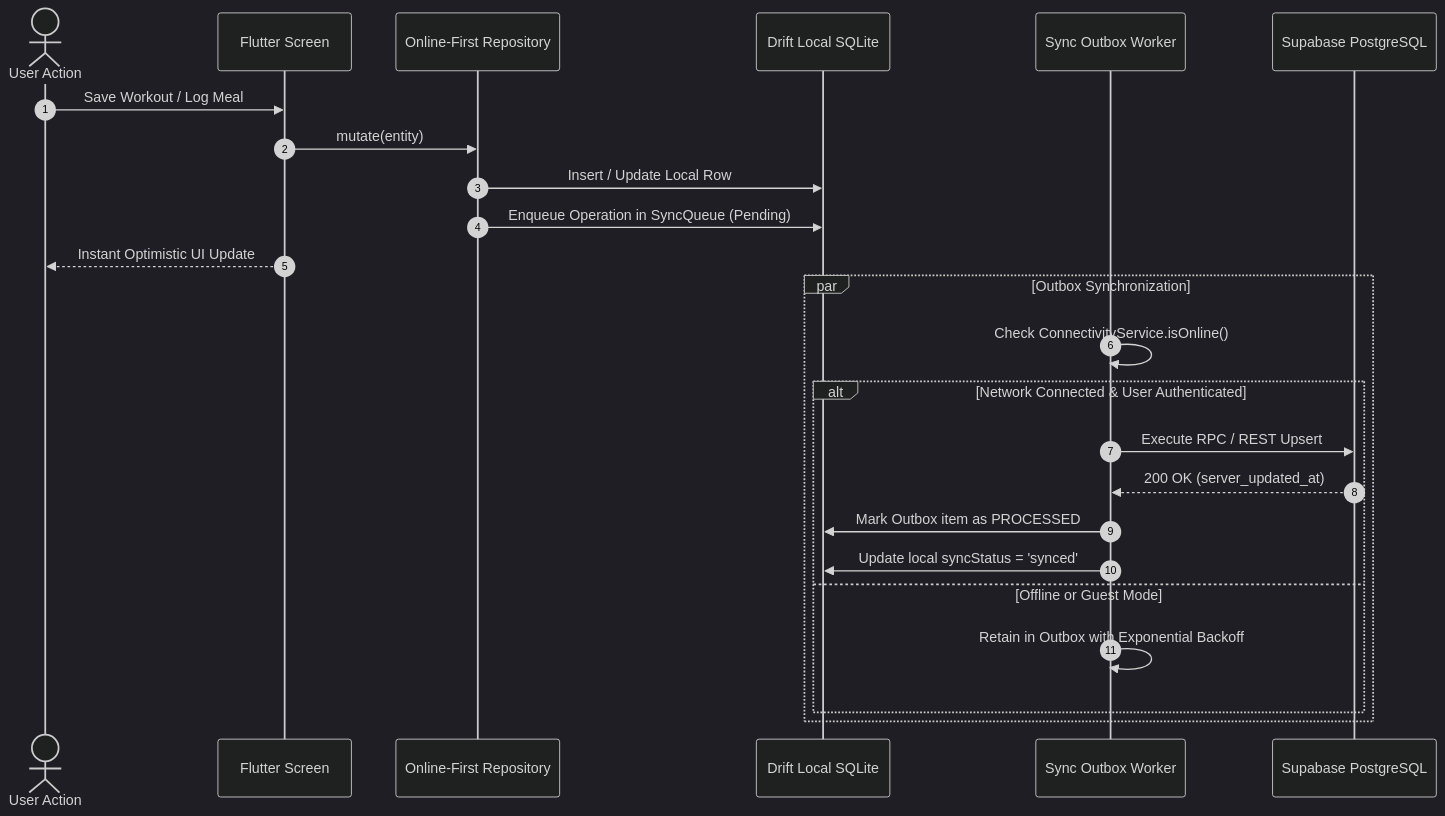
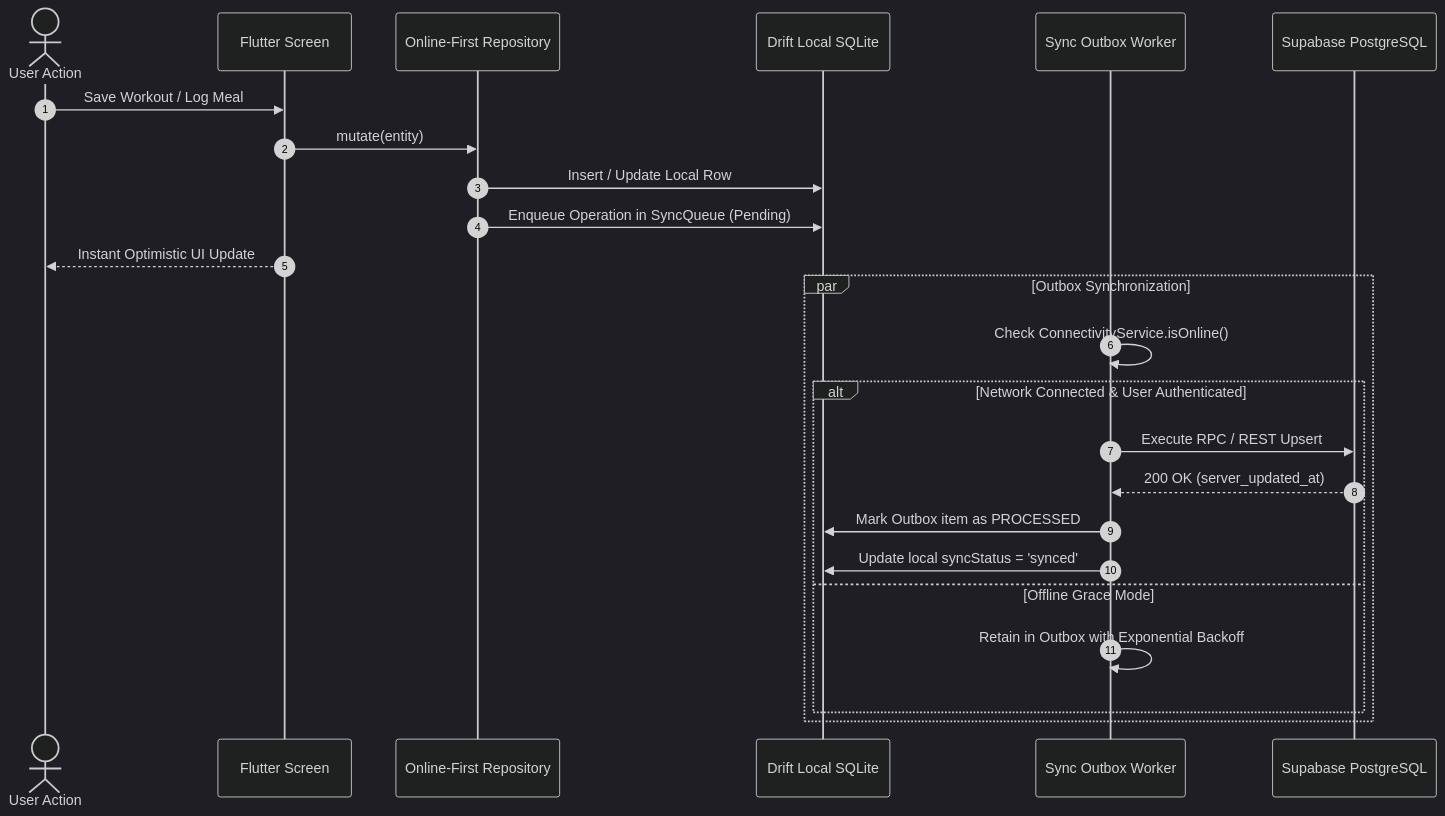
The diagram in docs/FIT_HOST_SYSTEM_BLUEPRINT_AND_HISTORY.md (xtenfit/fit-host), drawn with Mermaid (dark theme) before and after one commit. The commit also changed other lines of this file and 67 other files, not shown here.

Commit message:
feat(auth): completely remove guest mode and require authenticated user accounts

````diff
--- a/docs/FIT_HOST_SYSTEM_BLUEPRINT_AND_HISTORY.md
+++ b/docs/FIT_HOST_SYSTEM_BLUEPRINT_AND_HISTORY.md
@@ -80,28 +80,28 @@
 ```mermaid
 sequenceDiagram
     autonumber
     actor User as User Action
     participant UI as Flutter Screen
     participant Repo as Online-First Repository
     participant SQLite as Drift Local SQLite
     participant Outbox as Sync Outbox Worker
     participant Supabase as Supabase PostgreSQL
 
     User->>UI: Save Workout / Log Meal
     UI->>Repo: mutate(entity)
     Repo->>SQLite: Insert / Update Local Row
     Repo->>SQLite: Enqueue Operation in SyncQueue (Pending)
     UI-->>User: Instant Optimistic UI Update
 
     par Outbox Synchronization
         Outbox->>Outbox: Check ConnectivityService.isOnline()
         alt Network Connected & User Authenticated
             Outbox->>Supabase: Execute RPC / REST Upsert
             Supabase-->>Outbox: 200 OK (server_updated_at)
             Outbox->>SQLite: Mark Outbox item as PROCESSED
             Outbox->>SQLite: Update local syncStatus = 'synced'
-        else Offline or Guest Mode
+        else Offline Grace Mode
             Outbox->>Outbox: Retain in Outbox with Exponential Backoff
         end
     end
 ```
````
